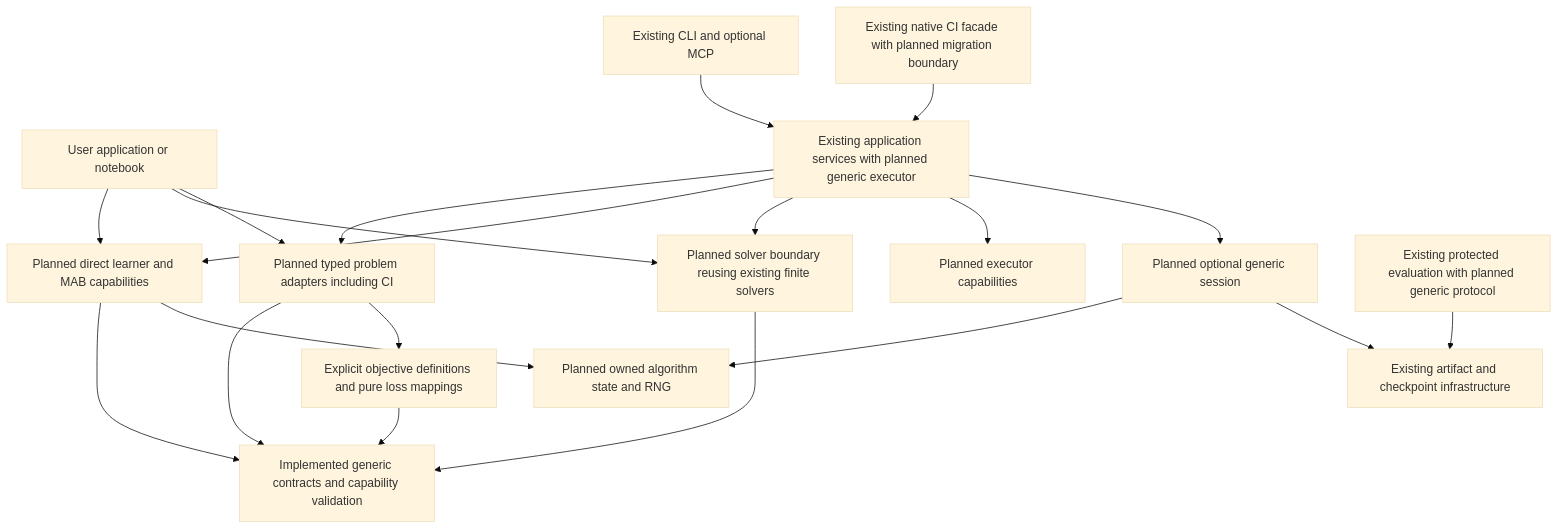
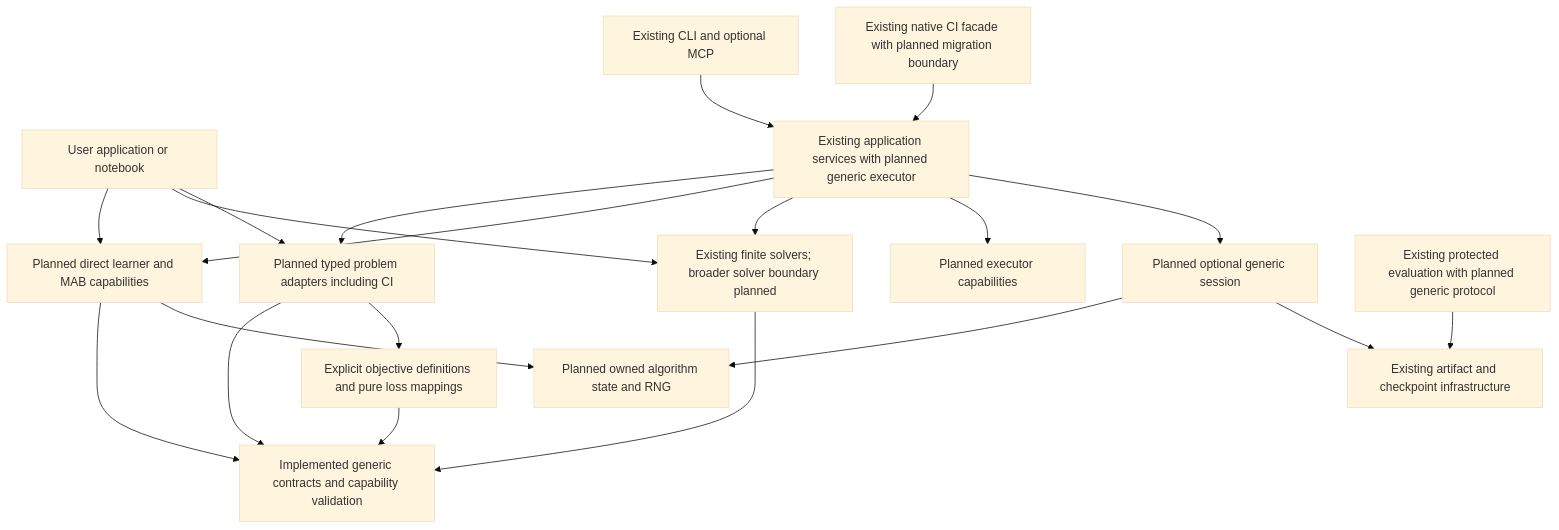
One commit to jacksonpradolima/coleman changed the first of 5 diagrams in docs/v5-architecture.md. Above: the diagram before and after it, drawn with Mermaid (base theme). The commit also changed other lines of this file and 140 other files, not shown here.

````diff
--- a/docs/v5-architecture.md
+++ b/docs/v5-architecture.md
@@ -84,22 +84,22 @@
 ```mermaid
 flowchart TD
     Host[User application or notebook] --> DirectLearner[Planned direct learner and MAB capabilities]
-    Host --> DirectSolver[Planned solver boundary reusing existing finite solvers]
+    Host --> DirectSolver[Existing finite solvers; broader solver boundary planned]
     Host --> Problem[Planned typed problem adapters including CI]
     Problem --> Contracts[Implemented generic contracts and capability validation]
     Problem --> Objectives[Explicit objective definitions and pure loss mappings]
     Objectives --> Contracts
     DirectLearner --> Contracts
     DirectSolver --> Contracts
     DirectLearner --> State[Planned owned algorithm state and RNG]
     Service[Existing application services with planned generic executor] --> Problem
     Service --> DirectLearner
     Service --> DirectSolver
     Service --> Execution[Planned executor capabilities]
     Service --> Session[Planned optional generic session]
     Session --> State
     Session --> Storage[Existing artifact and checkpoint infrastructure]
     Evidence[Existing protected evaluation with planned generic protocol] --> Storage
     Transport[Existing CLI and optional MCP] --> Service
     Legacy[Existing native CI facade with planned migration boundary] --> Service
 ```
````
